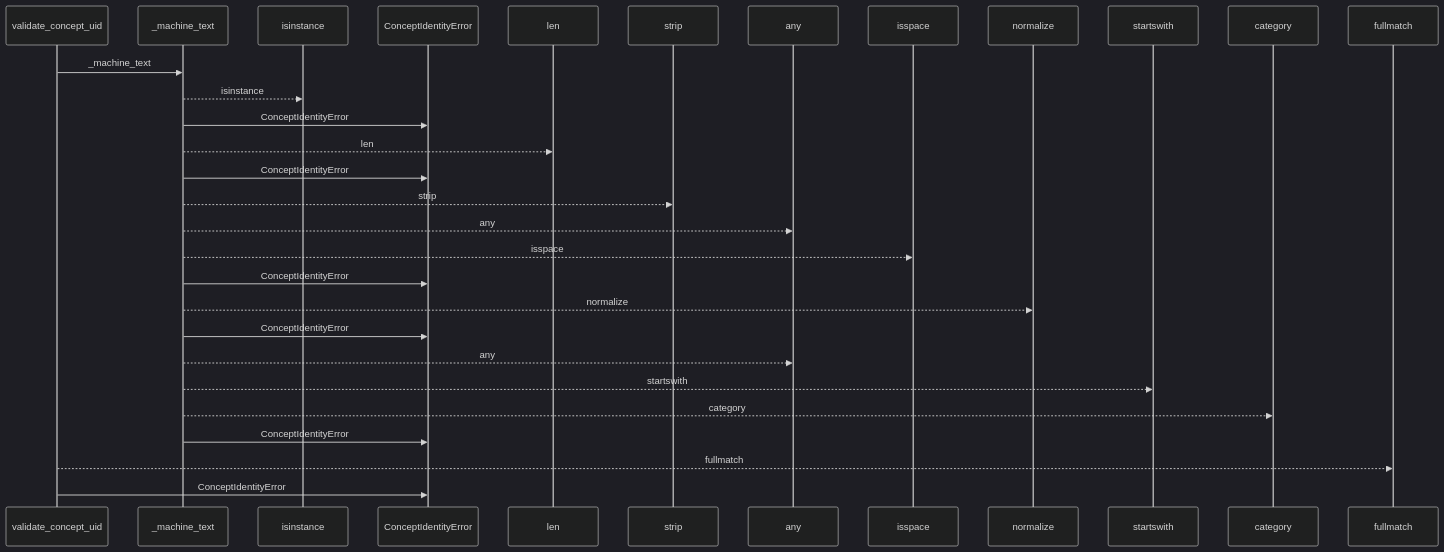
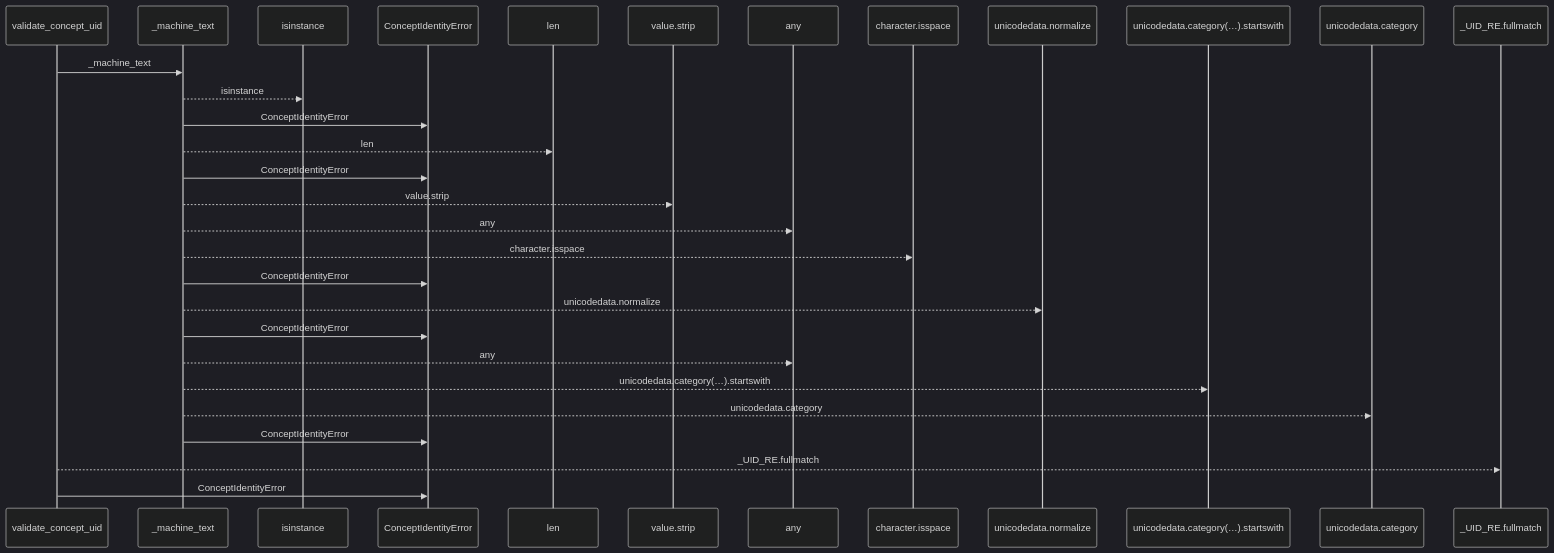
One commit to Denissvgn/python-wiki-llm changed the first of 2 diagrams in docs/llm_wiki/flows/api-validate_concept_uid.md. Above: the diagram before and after it, drawn with Mermaid (dark theme). The commit also changed other lines of this file and 719 other files, not shown here.

````diff
--- a/docs/llm_wiki/flows/api-validate_concept_uid.md
+++ b/docs/llm_wiki/flows/api-validate_concept_uid.md
@@ -10,32 +10,32 @@
 ```mermaid
 sequenceDiagram
     participant p0 as validate_concept_uid
     participant p1 as _machine_text
     participant p2 as isinstance
     participant p3 as ConceptIdentityError
     participant p4 as len
-    participant p5 as strip
+    participant p5 as value.strip
     participant p6 as any
-    participant p7 as isspace
-    participant p8 as normalize
-    participant p9 as startswith
-    participant p10 as category
-    participant p11 as fullmatch
+    participant p7 as character.isspace
+    participant p8 as unicodedata.normalize
+    participant p9 as unicodedata.category(…).startswith
+    participant p10 as unicodedata.category
+    participant p11 as _UID_RE.fullmatch
     p0->>p1: _machine_text
     p1-->>p2: isinstance
     p1->>p3: ConceptIdentityError
     p1-->>p4: len
     p1->>p3: ConceptIdentityError
-    p1-->>p5: strip
+    p1-->>p5: value.strip
     p1-->>p6: any
-    p1-->>p7: isspace
+    p1-->>p7: character.isspace
     p1->>p3: ConceptIdentityError
-    p1-->>p8: normalize
+    p1-->>p8: unicodedata.normalize
     p1->>p3: ConceptIdentityError
     p1-->>p6: any
-    p1-->>p9: startswith
-    p1-->>p10: category
+    p1-->>p9: unicodedata.category(…).startswith
+    p1-->>p10: unicodedata.category
     p1->>p3: ConceptIdentityError
-    p0-->>p11: fullmatch
+    p0-->>p11: _UID_RE.fullmatch
     p0->>p3: ConceptIdentityError
 ```
````
